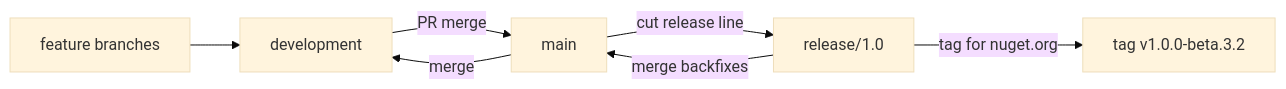
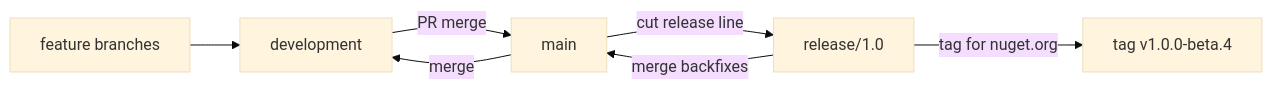
The first of 2 diagrams in CONTRIBUTING.md (ahmedSamir50/AdamSystems.ZVec.NET), drawn with Mermaid (base theme) before and after one commit. The commit also changed other lines of this file and 74 other files, not shown here.

````diff
--- a/CONTRIBUTING.md
+++ b/CONTRIBUTING.md
@@ -42,15 +42,15 @@
 ```mermaid
 flowchart LR
   feat[feature branches]
   dev[development]
   mainNode[main]
   rel["release/1.0"]
-  tagNode["tag v1.0.0-beta.3.2"]
+  tagNode["tag v1.0.0-beta.4"]
 
   feat --> dev
   dev -->|"PR merge"| mainNode
   mainNode -->|"cut release line"| rel
   rel -->|"tag for nuget.org"| tagNode
   rel -->|"merge backfixes"| mainNode
   mainNode -->|"merge"| dev
 ```
````
